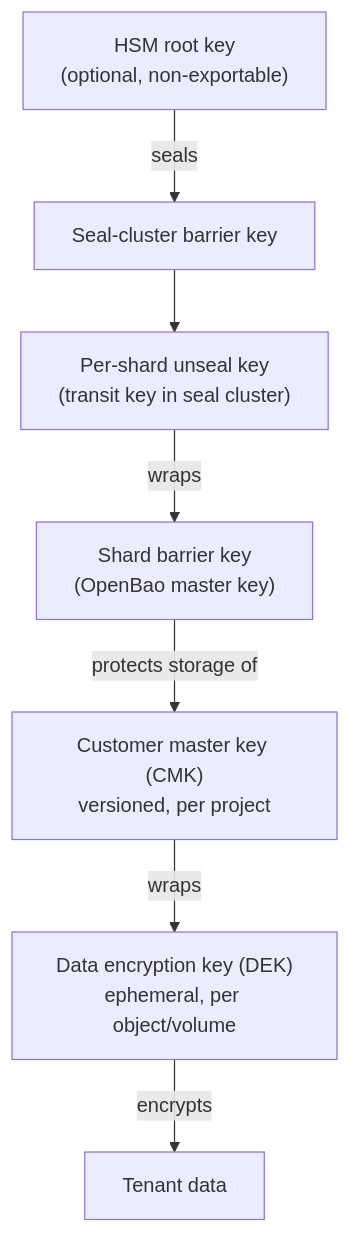
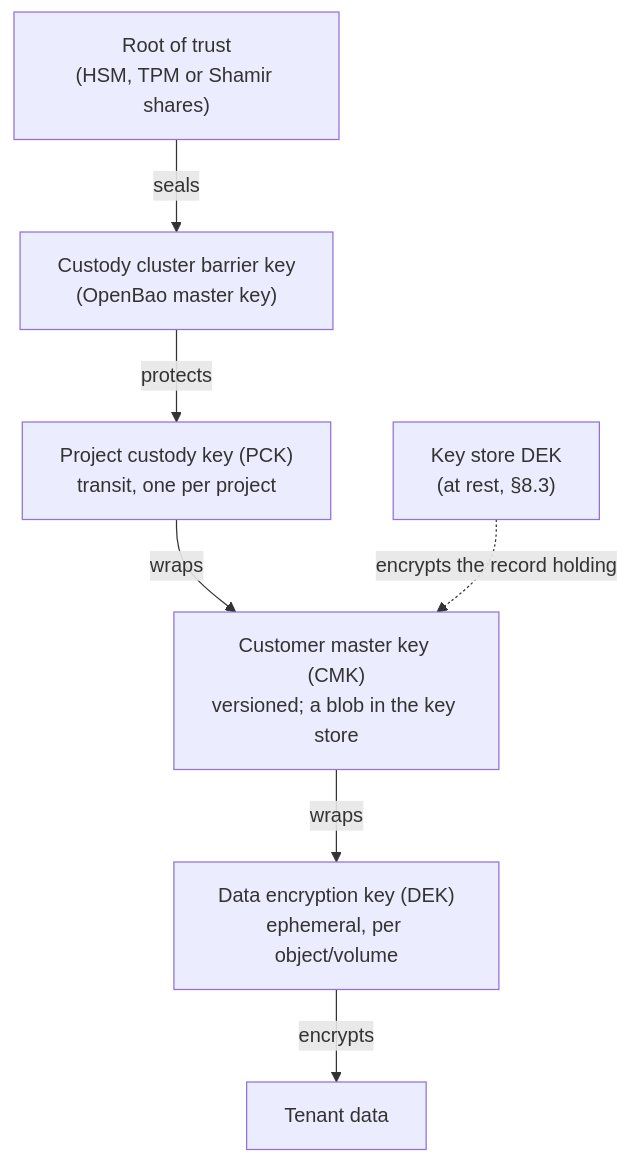
One commit to openstack-experimental/keystone changed the second of 5 diagrams in doc/src/kms-vision.md. Above: the diagram before and after it, drawn with Mermaid. The commit also changed other lines of this file, not shown here.

First line of the commit message:
docs(kms): Replace the fleet with one custody pair

````diff
--- a/doc/src/kms-vision.md
+++ b/doc/src/kms-vision.md
@@ -725,17 +751,17 @@
 ```mermaid
 flowchart TD
-    hsm["HSM root key<br/>(optional, non-exportable)"]
-    sealkey["Seal-cluster barrier key"]
-    sealtransit["Per-shard unseal key<br/>(transit key in seal cluster)"]
-    barrier["Shard barrier key<br/>(OpenBao master key)"]
-    cmk["Customer master key (CMK)<br/>versioned, per project"]
+    root["Root of trust<br/>(HSM, TPM or Shamir shares)"]
+    barrier["Custody cluster barrier key<br/>(OpenBao master key)"]
+    pck["Project custody key (PCK)<br/>transit, one per project"]
+    cmk["Customer master key (CMK)<br/>versioned; a blob in the key store"]
+    sdek["Key store DEK<br/>(at rest, §8.3)"]
     dek["Data encryption key (DEK)<br/>ephemeral, per object/volume"]
     data["Tenant data"]
 
-    hsm -->|"seals"| sealkey
-    sealkey --> sealtransit
-    sealtransit -->|"wraps"| barrier
-    barrier -->|"protects storage of"| cmk
+    root -->|"seals"| barrier
+    barrier -->|"protects"| pck
+    pck -->|"wraps"| cmk
+    sdek -.->|"encrypts the record holding"| cmk
     cmk -->|"wraps"| dek
     dek -->|"encrypts"| data
 ```
````
